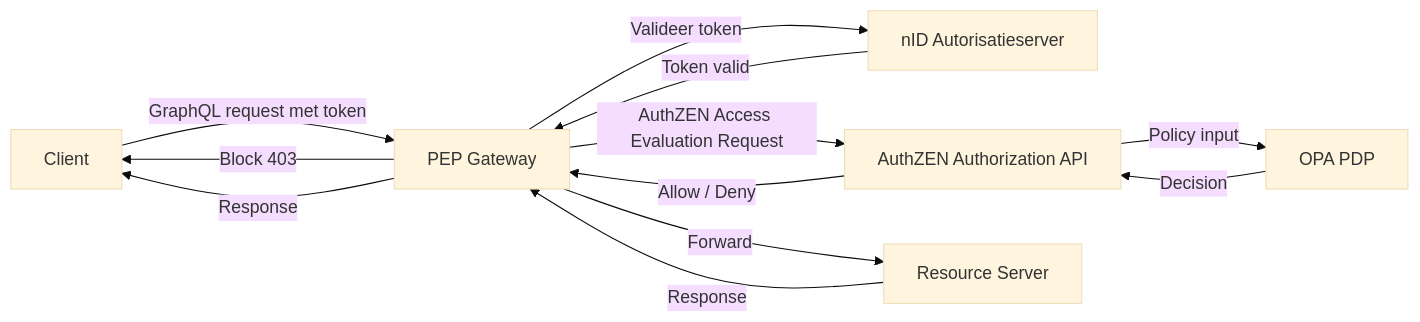
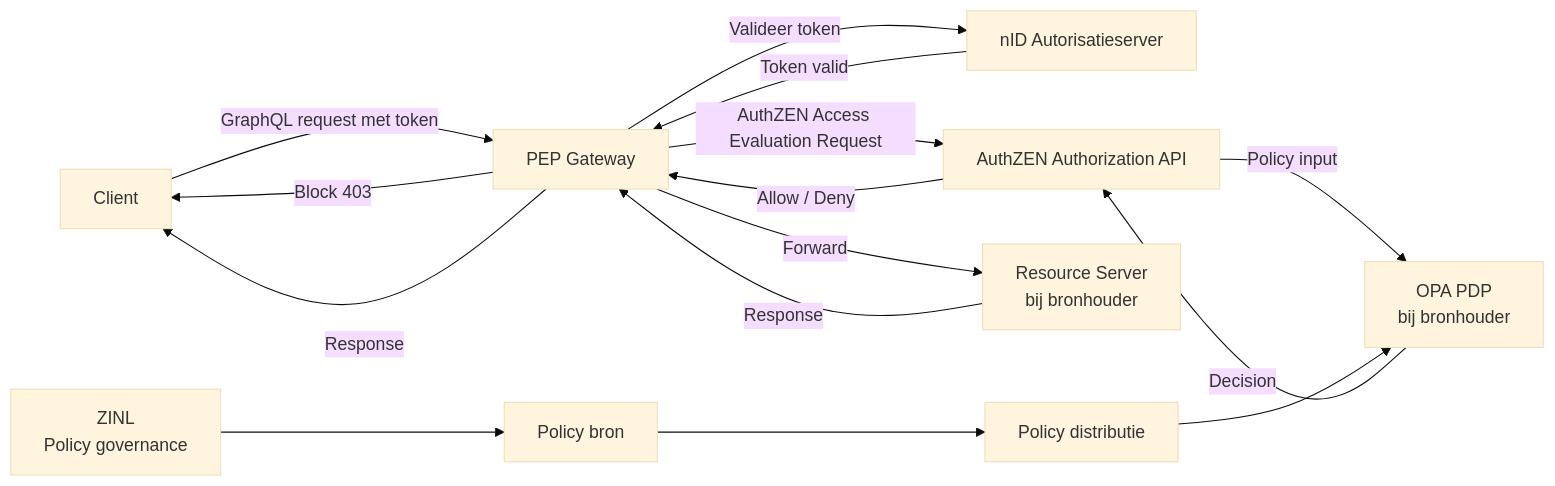
One commit to iStandaarden/iWlz-RequestForComment changed the second of 3 diagrams in RFC/RFC0052 - Autorisatie standaardisatie.md. Above: the diagram before and after it, drawn with Mermaid (base theme). The commit also changed other lines of this file, not shown here.

Commit message:
federatie governance policies toegevoegd

````diff
--- a/RFC/RFC0052 - Autorisatie standaardisatie.md
+++ b/RFC/RFC0052 - Autorisatie standaardisatie.md
@@ -118,25 +125,33 @@
 ```mermaid
 flowchart LR
   C[Client]
   G[PEP Gateway]
   AS[nID Autorisatieserver]
   AZ[AuthZEN Authorization API]
-  PDP[OPA PDP]
-  RS[Resource Server]
+  PDP[OPA PDP<br/>bij bronhouder]
+  RS[Resource Server<br/>bij bronhouder]
+
+  Z[ZINL<br/>Policy governance]
+  PB[Policy bron]
+  PD[Policy distributie]
 
   C -->|GraphQL request met token| G
 
   G -->|Valideer token| AS
   AS -->|Token valid| G
 
   G -->|AuthZEN Access Evaluation Request| AZ
   AZ -->|Policy input| PDP
   PDP -->|Decision| AZ
   AZ -->|Allow / Deny| G
 
   G -->|Forward| RS
   G -->|Block 403| C
 
   RS -->|Response| G
   G -->|Response| C
-  ```
+
+  Z --> PB
+  PB --> PD
+  PD --> PDP
+```
````
